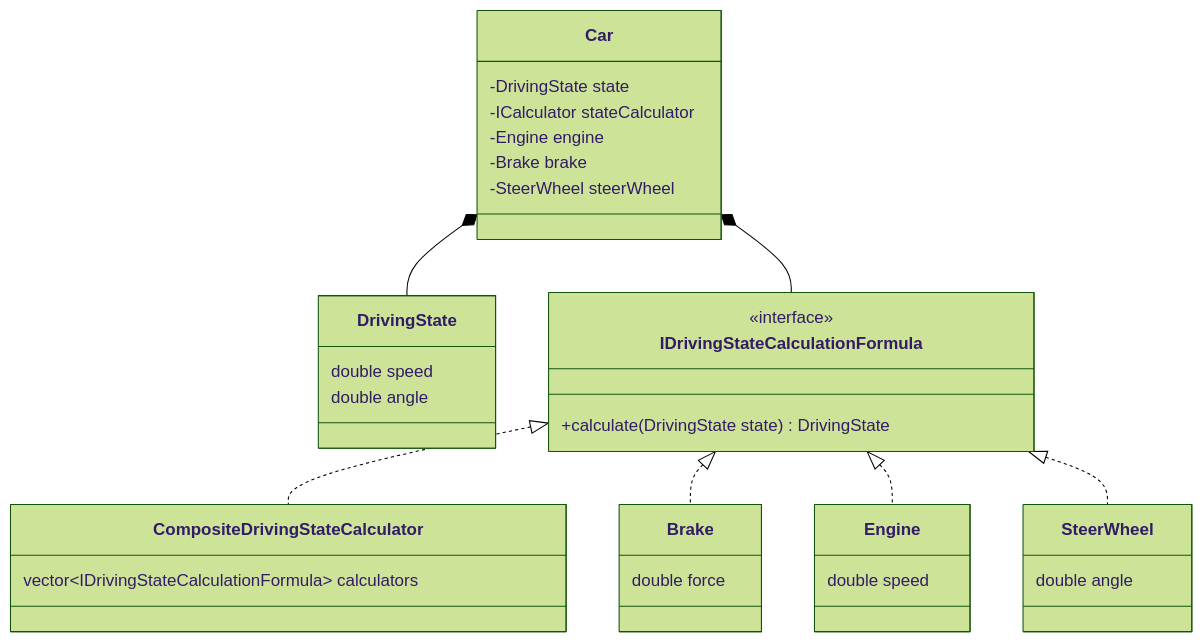
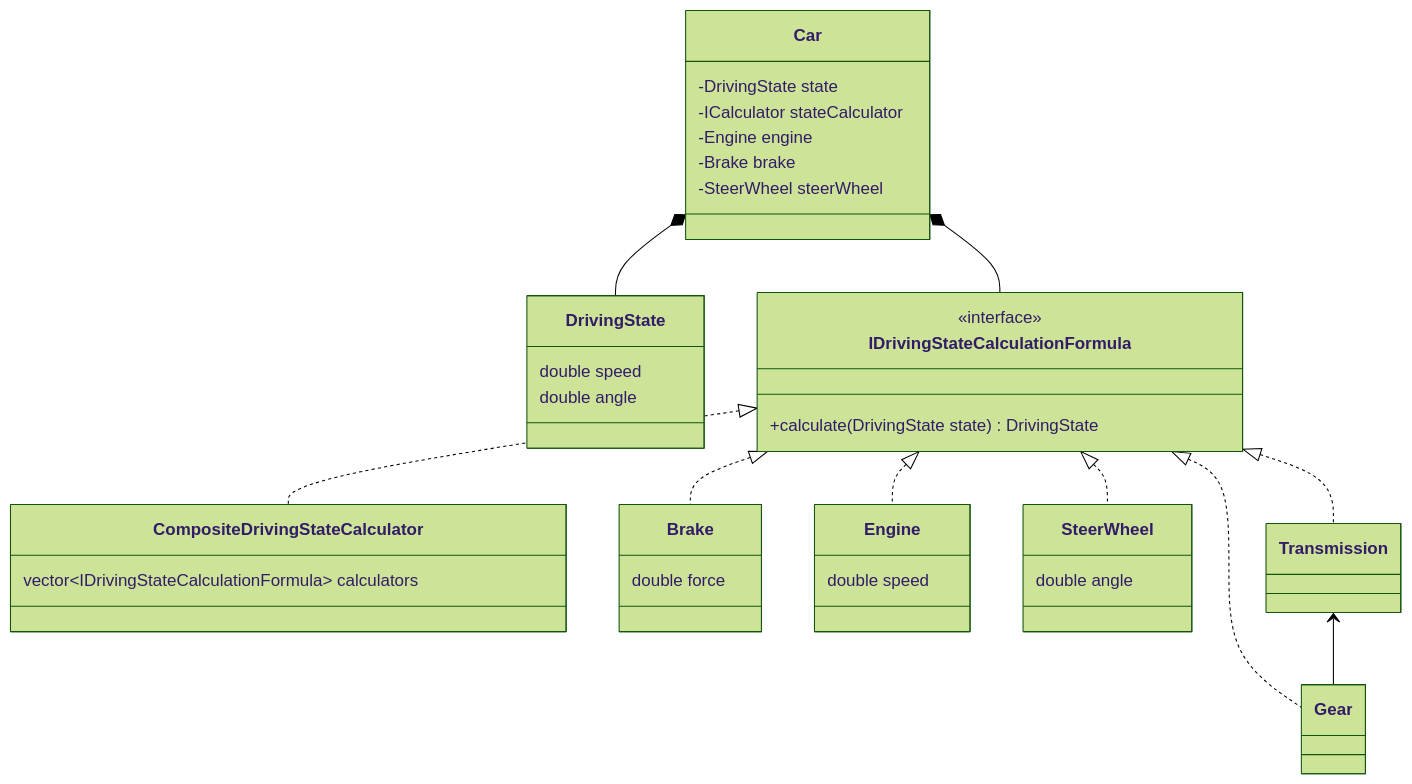
Before and after one commit to PalmNeko/piscine-object03-SOLID: the diagram in ex00/ClassDiagram.md, drawn with Mermaid (forest theme). The commit also changed 3 other files, not shown here.

Commit message:
add: Transmission and Gear

````diff
--- a/ex00/ClassDiagram.md
+++ b/ex00/ClassDiagram.md
@@ -1,40 +1,43 @@
 ```mermaid
 
 classDiagram
     Car *-- DrivingState
     Car *-- IDrivingStateCalculationFormula
 
     IDrivingStateCalculationFormula <|.. CompositeDrivingStateCalculator
     IDrivingStateCalculationFormula <|.. Brake
     IDrivingStateCalculationFormula <|.. Engine
     IDrivingStateCalculationFormula <|.. SteerWheel
+    IDrivingStateCalculationFormula <|.. Gear
+    IDrivingStateCalculationFormula <|.. Transmission
+    Transmission <-- Gear
 
     class Car {
         -DrivingState state
         -ICalculator stateCalculator
         -Engine engine
         -Brake brake
         -SteerWheel steerWheel
     }
 
     class DrivingState {
         double speed
         double angle
     }
     class CompositeDrivingStateCalculator {
         vector~IDrivingStateCalculationFormula~ calculators
     }
     class IDrivingStateCalculationFormula {
         <<interface>>
         +calculate(DrivingState state) DrivingState
     }
     class Brake {
         double force
     }
     class Engine {
         double speed
     }
     class SteerWheel {
         double angle
     }
 ```
````
